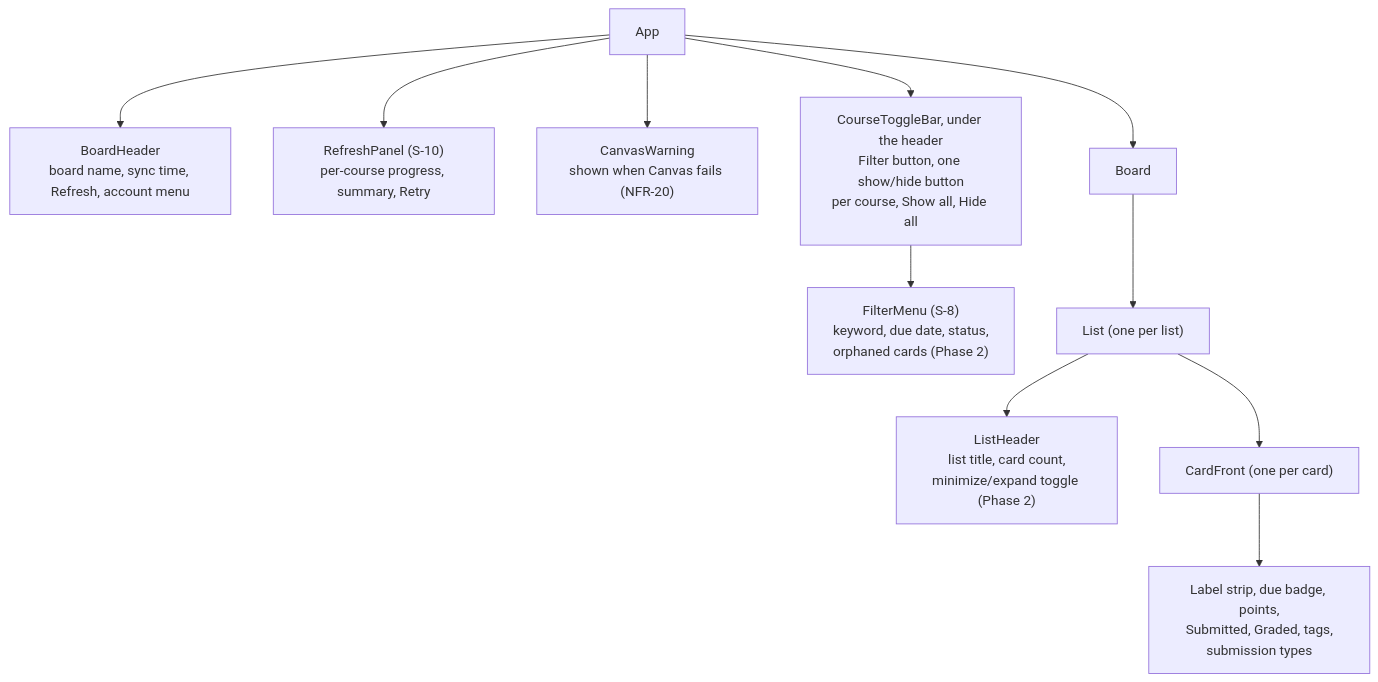
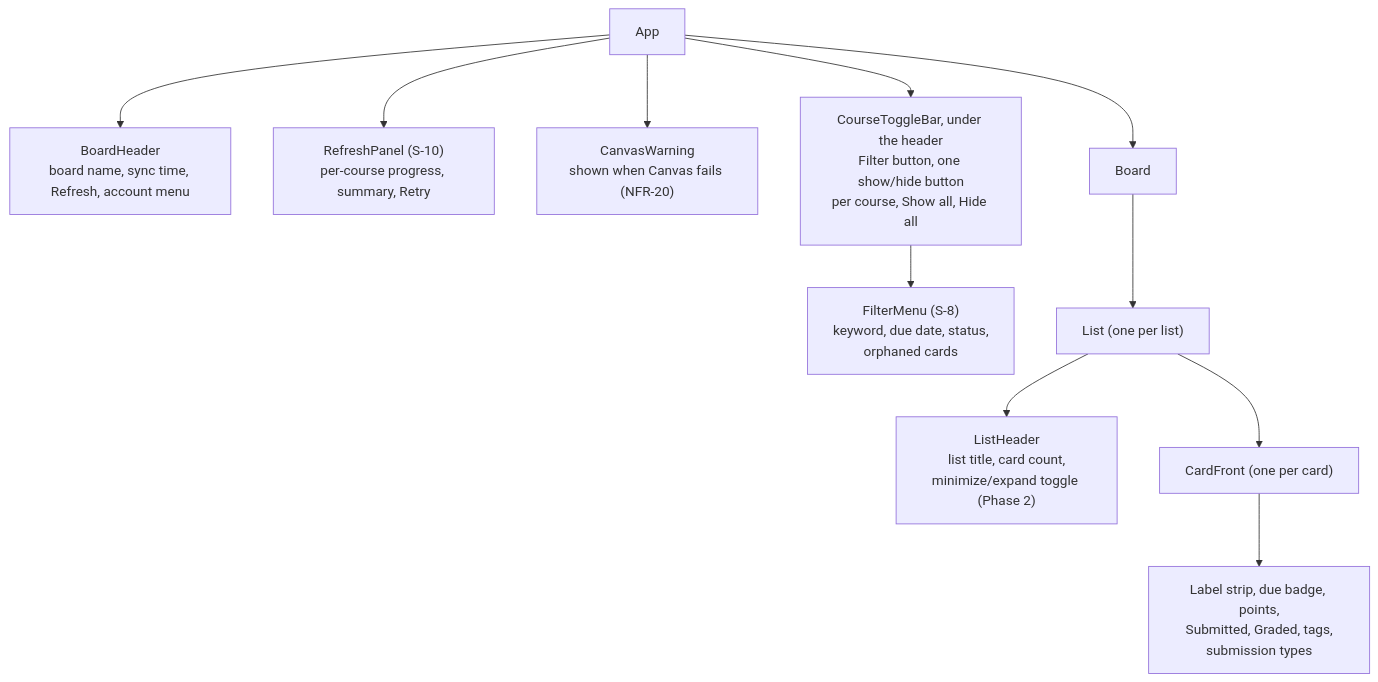
The sixth of 6 diagrams in docs/canvas-portal/03-design.md (bbranton/TestProj), drawn with Mermaid before and after one commit. The commit also changed other lines of this file, not shown here.

First line of the commit message:
Design: orphaned-card option and removed count in Phase 1

````diff
--- a/docs/canvas-portal/03-design.md
+++ b/docs/canvas-portal/03-design.md
@@ -698,13 +697,13 @@
 ```mermaid
 flowchart TD
     App --> Header["BoardHeader<br/>board name, sync time, Refresh, account menu"]
     App --> Progress["RefreshPanel (S-10)<br/>per-course progress, summary, Retry"]
     App --> Banner["CanvasWarning<br/>shown when Canvas fails (NFR-20)"]
     App --> Row["CourseToggleBar, under the header<br/>Filter button, one show/hide button<br/>per course, Show all, Hide all"]
-    Row --> Filter["FilterMenu (S-8)<br/>keyword, due date, status,<br/>orphaned cards (Phase 2)"]
+    Row --> Filter["FilterMenu (S-8)<br/>keyword, due date, status,<br/>orphaned cards"]
     App --> Board
     Board --> List["List (one per list)"]
     List --> ListHeader["ListHeader<br/>list title, card count,<br/>minimize/expand toggle (Phase 2)"]
     List --> Card["CardFront (one per card)"]
     Card --> Badges["Label strip, due badge, points,<br/>Submitted, Graded, tags,<br/>submission types"]
 ```
````
